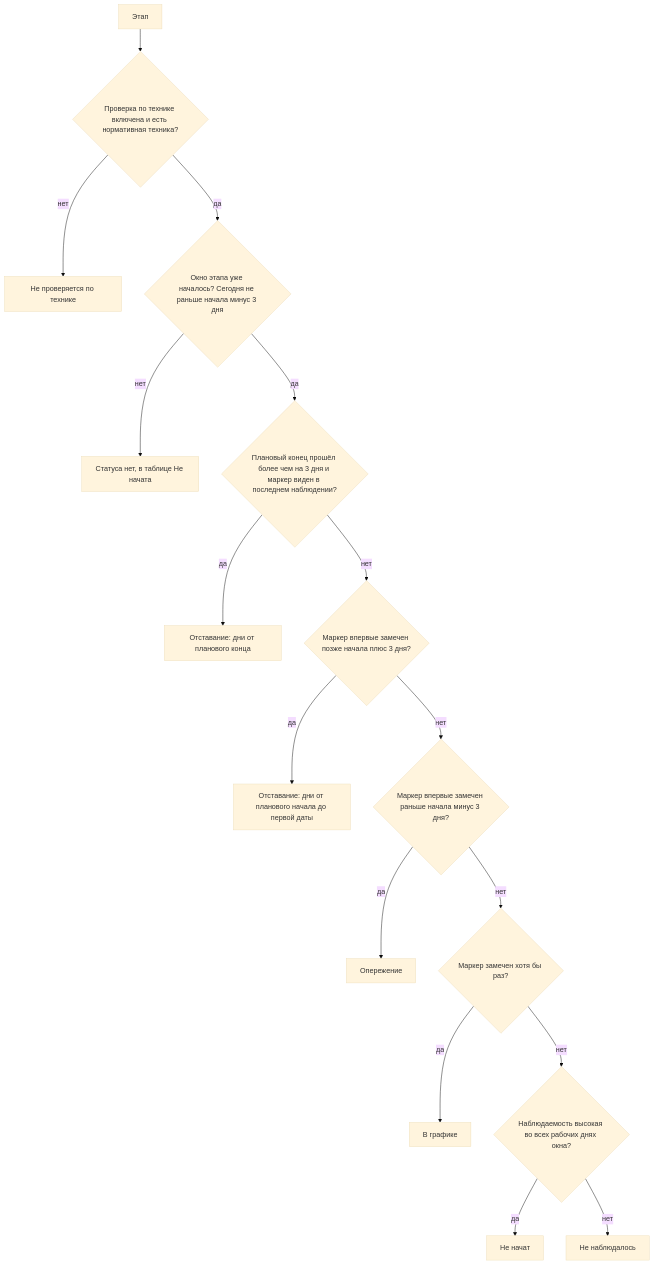
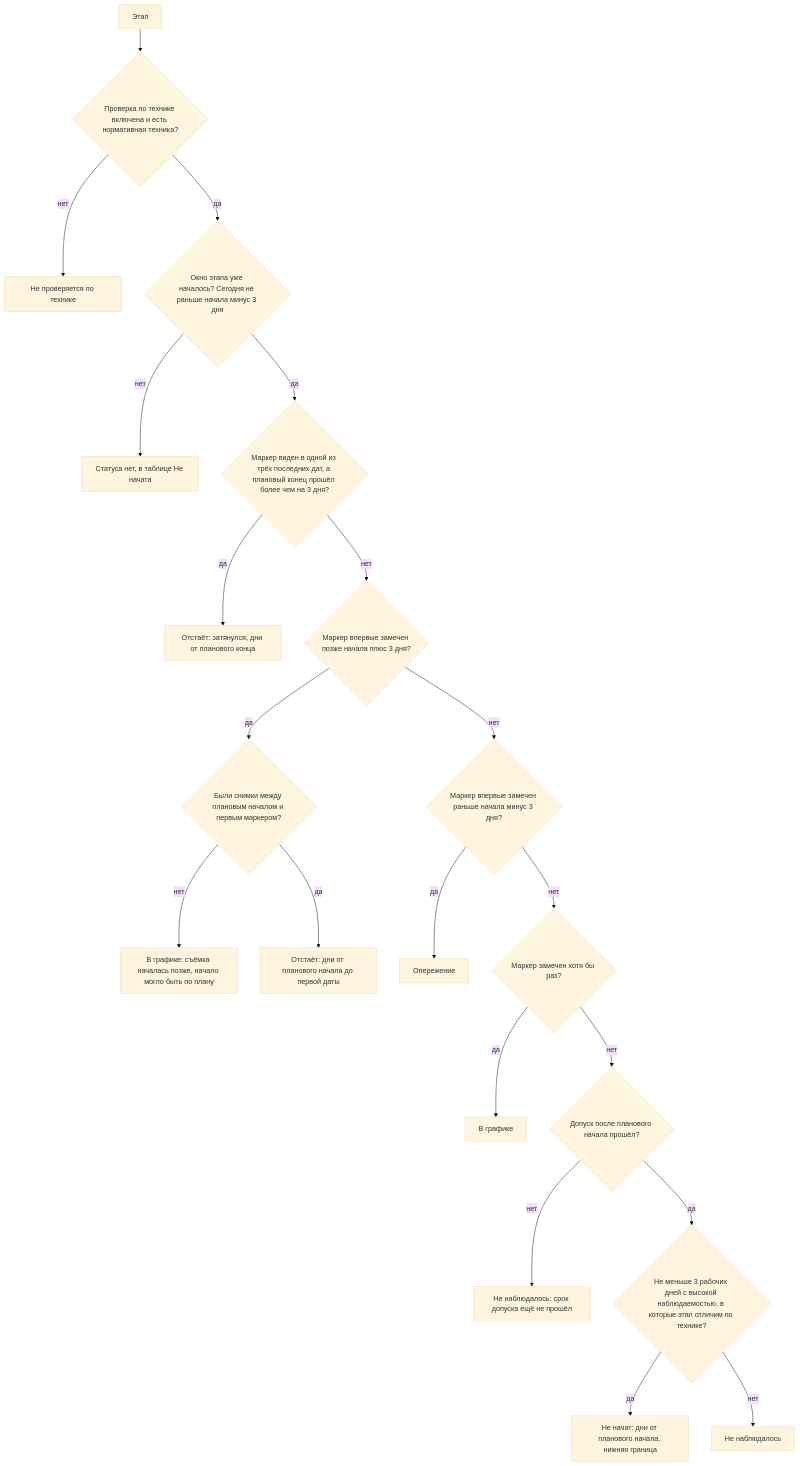
Before and after one commit to fadegor05/LCT-7: the fifth of 6 diagrams in documentation/business-logic.md, drawn with Mermaid (base theme). The commit also changed other lines of this file and 7 other files, not shown here.

````diff
--- a/documentation/business-logic.md
+++ b/documentation/business-logic.md
@@ -233,18 +250,22 @@
 ```mermaid
 flowchart TD
   A["Этап"] --> B{"Проверка по технике включена и есть нормативная техника?"}
   B -->|нет| S1["Не проверяется по технике"]
   B -->|да| C{"Окно этапа уже началось? Сегодня не раньше начала минус 3 дня"}
   C -->|нет| S0["Статуса нет, в таблице Не начата"]
-  C -->|да| D{"Плановый конец прошёл более чем на 3 дня и маркер виден в последнем наблюдении?"}
-  D -->|да| S2["Отставание: дни от планового конца"]
+  C -->|да| D{"Маркер виден в одной из трёх последних дат, а плановый конец прошёл более чем на 3 дня?"}
+  D -->|да| S2["Отстаёт: затянулся, дни от планового конца"]
   D -->|нет| E{"Маркер впервые замечен позже начала плюс 3 дня?"}
-  E -->|да| S3["Отставание: дни от планового начала до первой даты"]
+  E -->|да| E1{"Были снимки между плановым началом и первым маркером?"}
+  E1 -->|нет| S3["В графике: съёмка началась позже, начало могло быть по плану"]
+  E1 -->|да| S4["Отстаёт: дни от планового начала до первой даты"]
   E -->|нет| F{"Маркер впервые замечен раньше начала минус 3 дня?"}
-  F -->|да| S4["Опережение"]
+  F -->|да| S5["Опережение"]
   F -->|нет| G{"Маркер замечен хотя бы раз?"}
-  G -->|да| S5["В графике"]
-  G -->|нет| H{"Наблюдаемость высокая во всех рабочих днях окна?"}
-  H -->|да| S6["Не начат"]
-  H -->|нет| S7["Не наблюдалось"]
+  G -->|да| S6["В графике"]
+  G -->|нет| H{"Допуск после планового начала прошёл?"}
+  H -->|нет| S7["Не наблюдалось: срок допуска ещё не прошёл"]
+  H -->|да| I{"Не меньше 3 рабочих дней с высокой наблюдаемостью, в которые этап отличим по технике?"}
+  I -->|да| S8["Не начат: дни от планового начала, нижняя граница"]
+  I -->|нет| S9["Не наблюдалось"]
 ```
````
